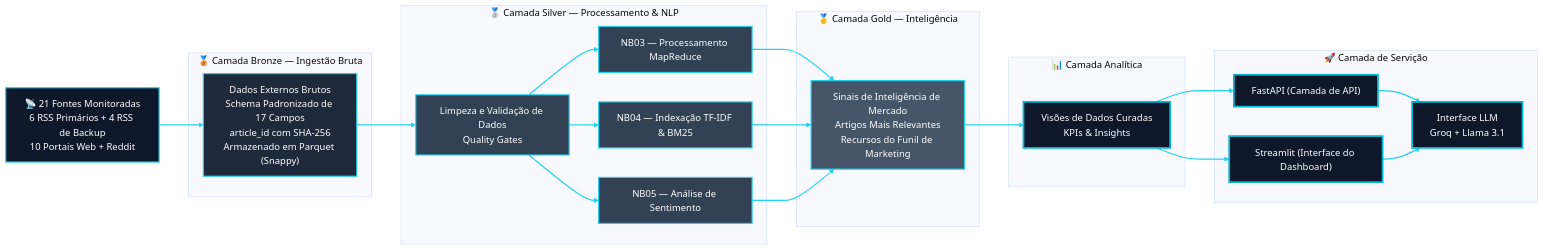
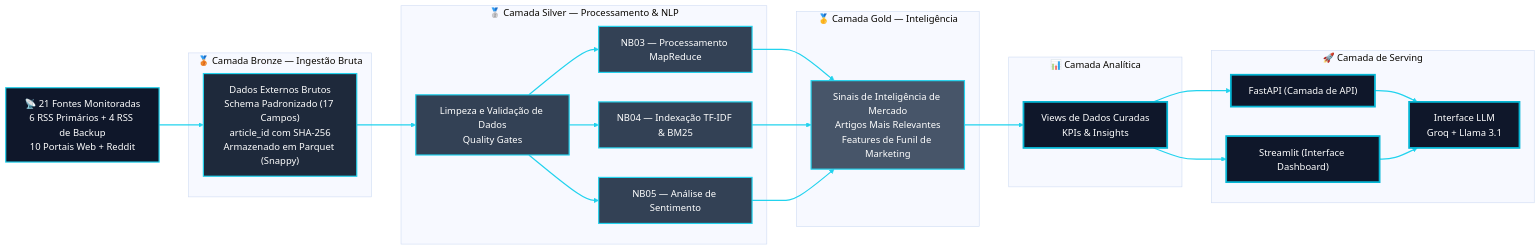
The diagram in README.pt_BR.md (Quantum-Software-Development/fii-investor-intelligence-platform), drawn with Mermaid (base theme) before and after one commit. The commit also changed other lines of this file, not shown here.

`````diff
--- a/README.pt_BR.md
+++ b/README.pt_BR.md
@@ -42,62 +41,62 @@
 ```mermaid
 flowchart LR
 
     classDef source fill:#0f172a,stroke:#22d3ee,color:#ffffff,stroke-width:2px;
     classDef bronze fill:#1e293b,stroke:#22d3ee,color:#ffffff,stroke-width:2px;
     classDef silver fill:#334155,stroke:#22d3ee,color:#ffffff,stroke-width:2px;
     classDef gold fill:#475569,stroke:#22d3ee,color:#ffffff,stroke-width:2px;
     classDef serving fill:#0f172a,stroke:#06b6d4,color:#ffffff,stroke-width:3px;
 
     A["📡 21 Fontes Monitoradas<br/>6 RSS Primários + 4 RSS de Backup<br/>10 Portais Web + Reddit"]
 
     subgraph Bronze["🥉 Camada Bronze — Ingestão Bruta"]
-        B["Dados Externos Brutos<br/>Schema Padronizado de 17 Campos<br/>article_id com SHA-256<br/>Armazenado em Parquet (Snappy)"]
+        B["Dados Externos Brutos<br/>Schema Padronizado (17 Campos)<br/>article_id com SHA-256<br/>Armazenado em Parquet (Snappy)"]
     end
 
     subgraph Silver["🥈 Camada Silver — Processamento & NLP"]
         C["Limpeza e Validação de Dados<br/>Quality Gates"]
         D["NB03 — Processamento MapReduce"]
         E["NB04 — Indexação TF-IDF & BM25"]
         F["NB05 — Análise de Sentimento"]
     end
 
     subgraph Gold["🥇 Camada Gold — Inteligência"]
-        G["Sinais de Inteligência de Mercado<br/>Artigos Mais Relevantes<br/>Recursos do Funil de Marketing"]
+        G["Sinais de Inteligência de Mercado<br/>Artigos Mais Relevantes<br/>Features de Funil de Marketing"]
     end
 
     subgraph Dashboard["📊 Camada Analítica"]
-        H["Visões de Dados Curadas<br/>KPIs & Insights"]
+        H["Views de Dados Curadas<br/>KPIs & Insights"]
     end
 
-    subgraph Serving["🚀 Camada de Servição"]
+    subgraph Serving["🚀 Camada de Serving"]
         I["FastAPI (Camada de API)"]
-        J["Streamlit (Interface do Dashboard)"]
+        J["Streamlit (Interface Dashboard)"]
         K["Interface LLM<br/>Groq + Llama 3.1"]
     end
 
     A --> B
     B --> C
     C --> D
     C --> E
     C --> F
 
     D --> G
     E --> G
     F --> G
 
     G --> H
 
     H --> I
     H --> J
 
     I --> K
     J --> K
 
     class A source
     class B bronze
     class C,D,E,F silver
     class G gold
     class H,I,J,K serving
 
     linkStyle default stroke:#22d3ee,stroke-width:2px
-````
+```
`````
